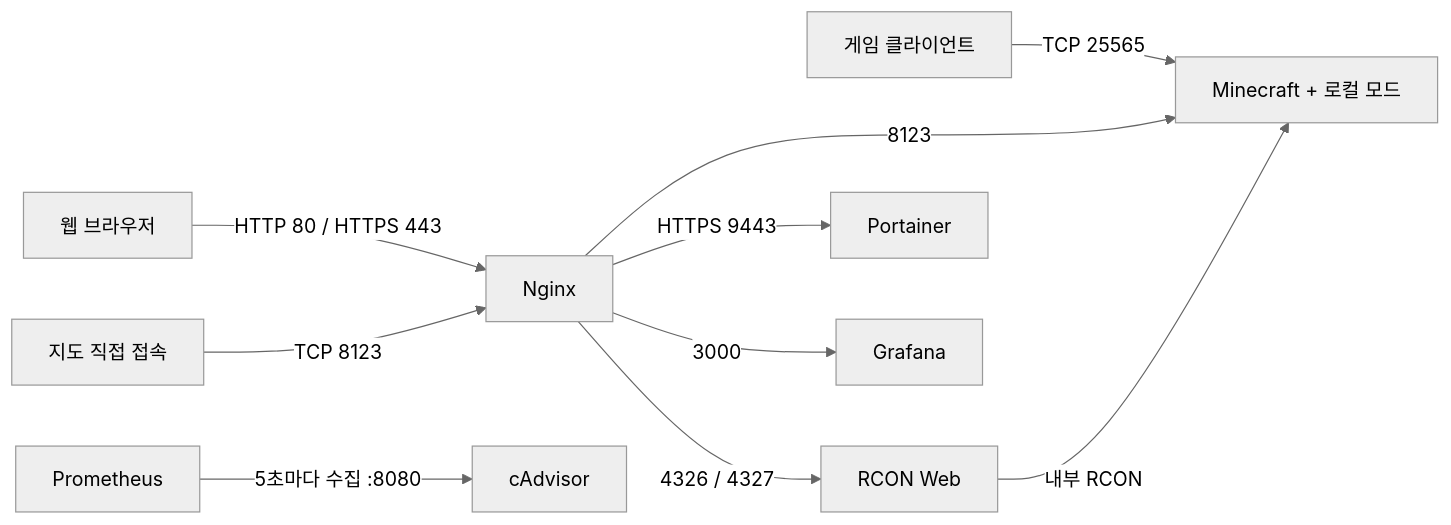
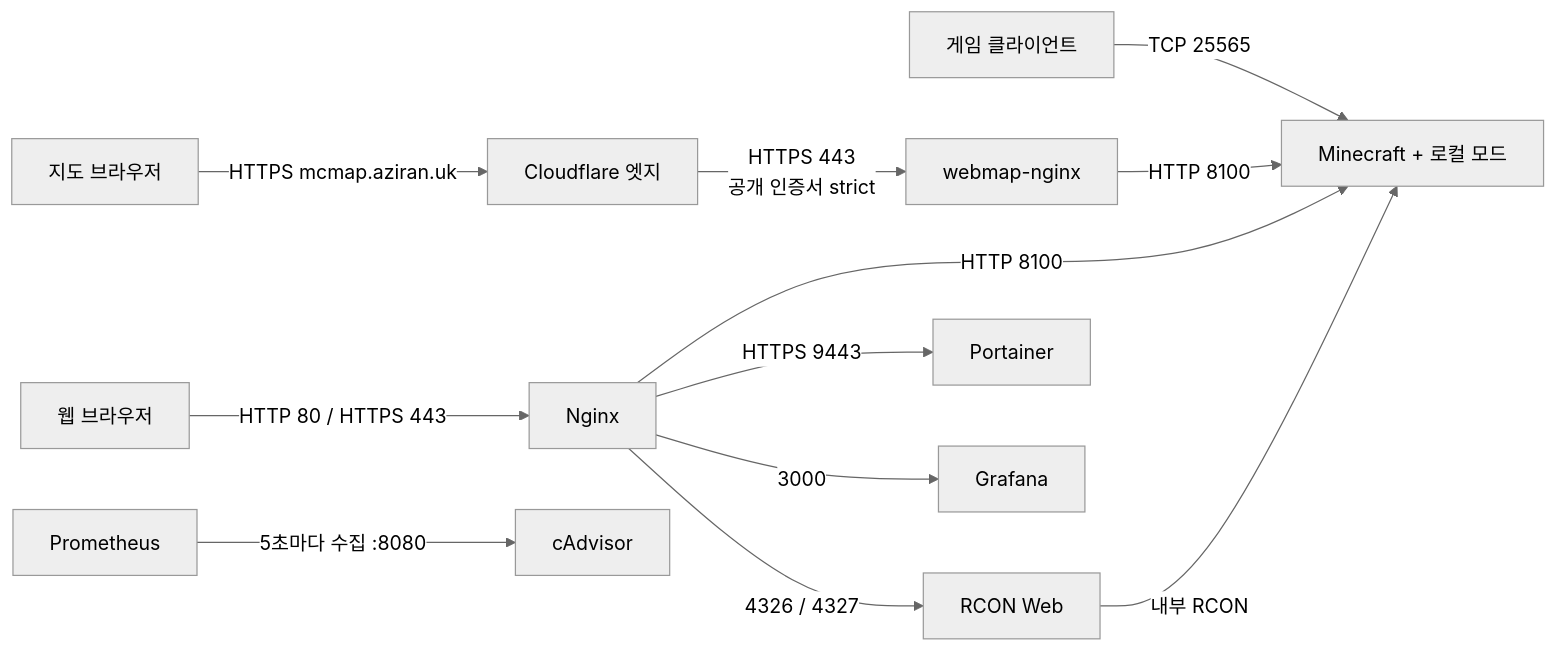
Before and after one commit to aziran07/AziranMinecraftServer: the diagram in docs/PROJECT_MAP.md, drawn with Mermaid (neutral theme). The commit also changed other lines of this file and 10 other files, not shown here.

````diff
--- a/docs/PROJECT_MAP.md
+++ b/docs/PROJECT_MAP.md
@@ -64,12 +68,14 @@
 ```mermaid
 flowchart LR
     Player[게임 클라이언트] -->|TCP 25565| MC[Minecraft + 로컬 모드]
     Browser[웹 브라우저] -->|HTTP 80 / HTTPS 443| N[Nginx]
-    Map[지도 직접 접속] -->|TCP 8123| N
-    N -->|8123| MC
+    Map[지도 브라우저] -->|HTTPS mcmap.aziran.uk| CF[Cloudflare 엣지]
+    CF -->|HTTPS 443<br/>공개 인증서 strict| WN[webmap-nginx]
+    WN -->|HTTP 8100| MC
+    N -->|HTTP 8100| MC
     N -->|4326 / 4327| R[RCON Web]
     R -->|내부 RCON| MC
     N -->|HTTPS 9443| P[Portainer]
     N -->|3000| G[Grafana]
     PR[Prometheus] -->|5초마다 수집 :8080| C[cAdvisor]
 ```
````
